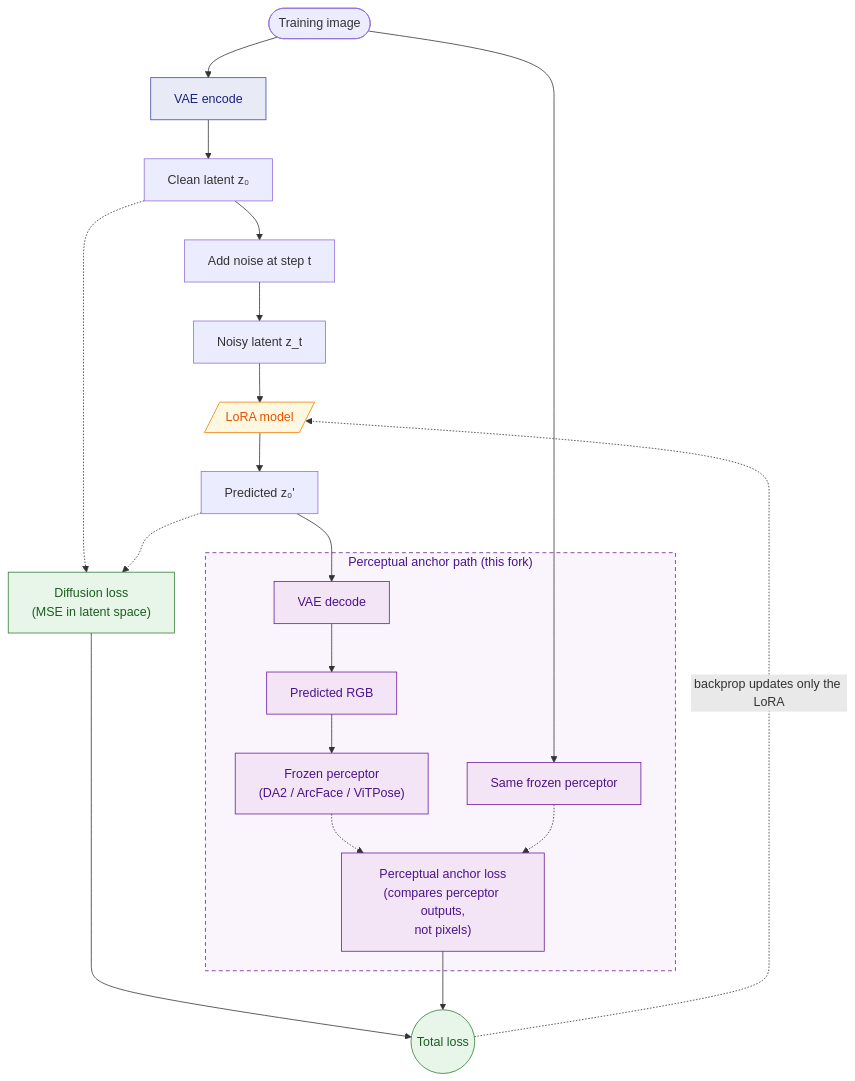
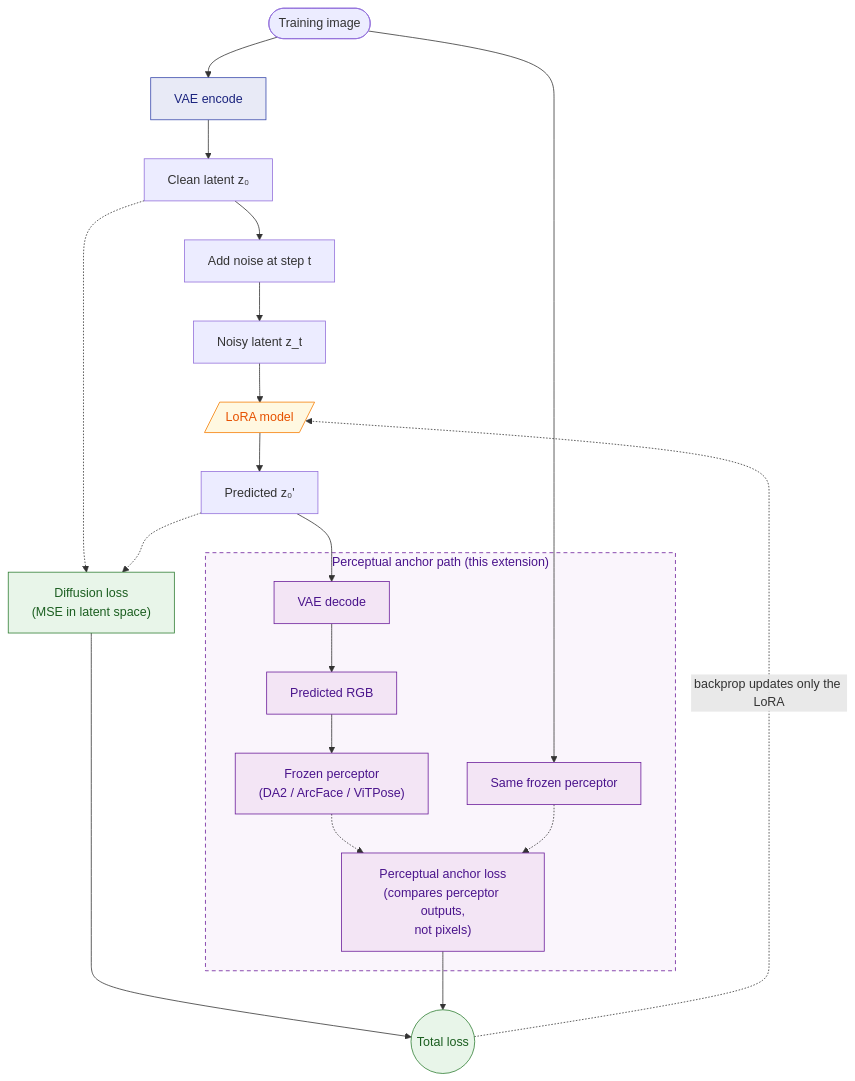
One commit to BuffaloBuffaloBuffaloBuffalo/ai-toolkit-perceptual changed the diagram in README.md. Above: the diagram before and after it, drawn with Mermaid. The commit also changed other lines of this file, not shown here.

Commit message:
README: rename to Perceptual LoRA Toolkit; replace 'fork' with 'extension'

````diff
--- a/README.md
+++ b/README.md
@@ -27,43 +27,43 @@
 ```mermaid
 flowchart TD
     GT([Training image])
     GT --> Encode[VAE encode]
     Encode --> Z0[Clean latent z₀]
     Z0 --> Noise[Add noise at step t]
     Noise --> Zt[Noisy latent z_t]
     Zt --> Model[/LoRA model/]
     Model --> Zhat[Predicted z₀']
 
     Z0 -.-> Diff["Diffusion loss<br/>(MSE in latent space)"]
     Zhat -.-> Diff
 
-    subgraph Perceptual["Perceptual anchor path (this fork)"]
+    subgraph Perceptual["Perceptual anchor path (this extension)"]
         Decode[VAE decode]
         RGBp[Predicted RGB]
         Pp["Frozen perceptor<br/>(DA2 / ArcFace / ViTPose)"]
         Pg[Same frozen perceptor]
         Anchor["Perceptual anchor loss<br/>(compares perceptor outputs,<br/>not pixels)"]
     end
 
     Zhat --> Decode
     Decode --> RGBp
     RGBp --> Pp
     GT --> Pg
     Pp -.-> Anchor
     Pg -.-> Anchor
 
     Diff --> Total((Total loss))
     Anchor --> Total
     Total -. backprop updates only the LoRA .-> Model
 
     classDef frozen fill:#e8eaf6,stroke:#3949ab,color:#1a237e
     classDef trainable fill:#fff8e1,stroke:#f57c00,color:#e65100
     classDef loss fill:#e8f5e9,stroke:#2e7d32,color:#1b5e20
     classDef anchor fill:#f3e5f5,stroke:#6a1b9a,color:#4a148c
 
     class Encode frozen
     class Model trainable
     class Diff,Total loss
     class Decode,RGBp,Pp,Pg,Anchor anchor
     style Perceptual fill:#faf5fc,stroke:#6a1b9a,stroke-dasharray:5 4,color:#4a148c
 ```
````
